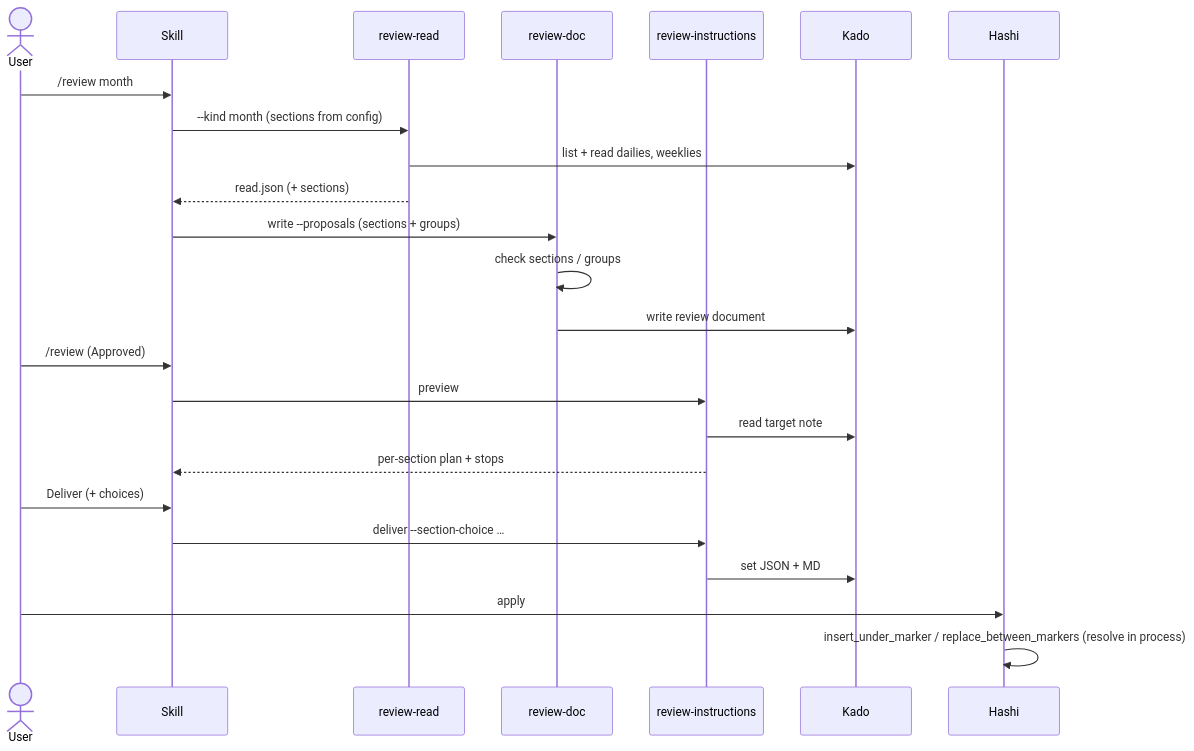
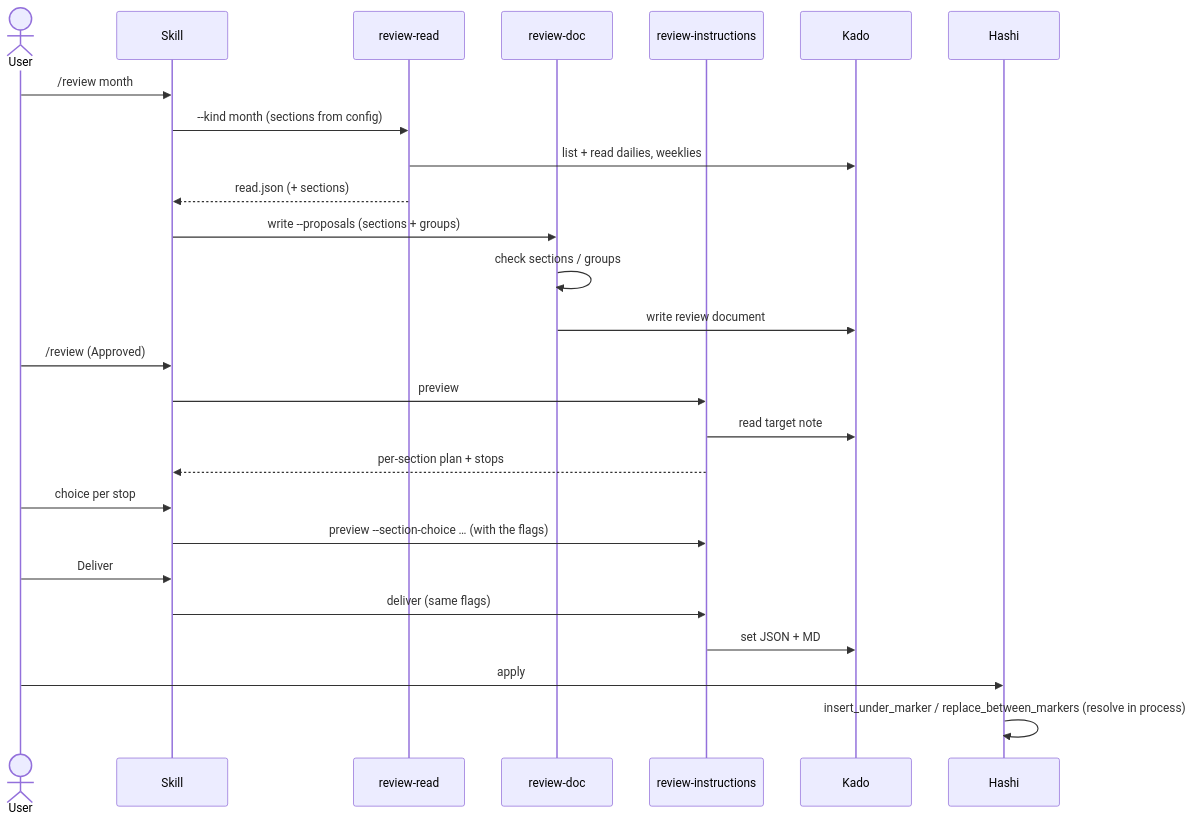
Before and after one commit to MMoMM-org/miyo-tomo: the third of 3 diagrams in docs/XDD/specs/046-review-template-sections/solution.md, drawn with Mermaid. The commit also changed other lines of this file and 4 other files, not shown here.

````diff
--- a/docs/XDD/specs/046-review-template-sections/solution.md
+++ b/docs/XDD/specs/046-review-template-sections/solution.md
@@ -796,26 +811,28 @@
 ```mermaid
 sequenceDiagram
     actor User
     participant Skill
     participant Read as review-read
     participant Doc as review-doc
     participant Instr as review-instructions
     participant Kado
     participant Hashi
     User->>Skill: /review month
     Skill->>Read: --kind month (sections from config)
     Read->>Kado: list + read dailies, weeklies
     Read-->>Skill: read.json (+ sections)
     Skill->>Doc: write --proposals (sections + groups)
     Doc->>Doc: check sections / groups
     Doc->>Kado: write review document
     User->>Skill: /review (Approved)
     Skill->>Instr: preview
     Instr->>Kado: read target note
     Instr-->>Skill: per-section plan + stops
-    User->>Skill: Deliver (+ choices)
-    Skill->>Instr: deliver --section-choice …
+    User->>Skill: choice per stop
+    Skill->>Instr: preview --section-choice … (with the flags)
+    User->>Skill: Deliver
+    Skill->>Instr: deliver (same flags)
     Instr->>Kado: set JSON + MD
     User->>Hashi: apply
     Hashi->>Hashi: insert_under_marker / replace_between_markers (resolve in process)
 ```
````
